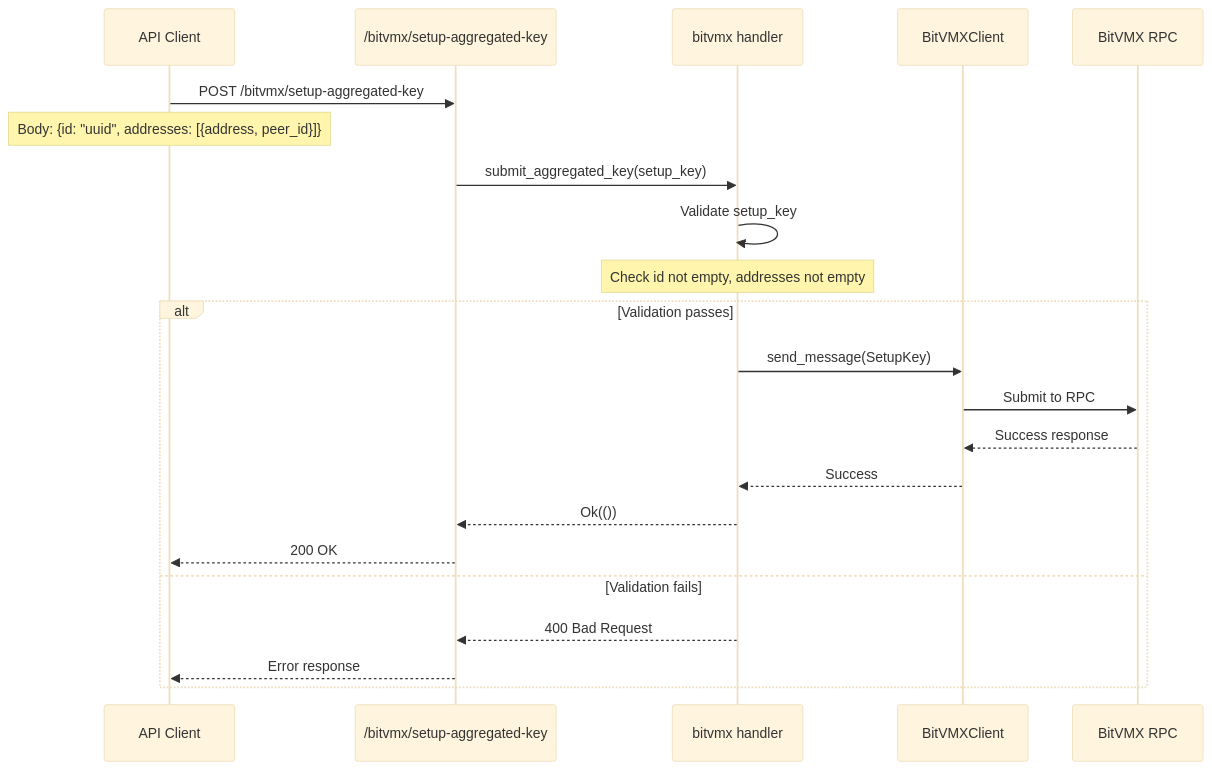
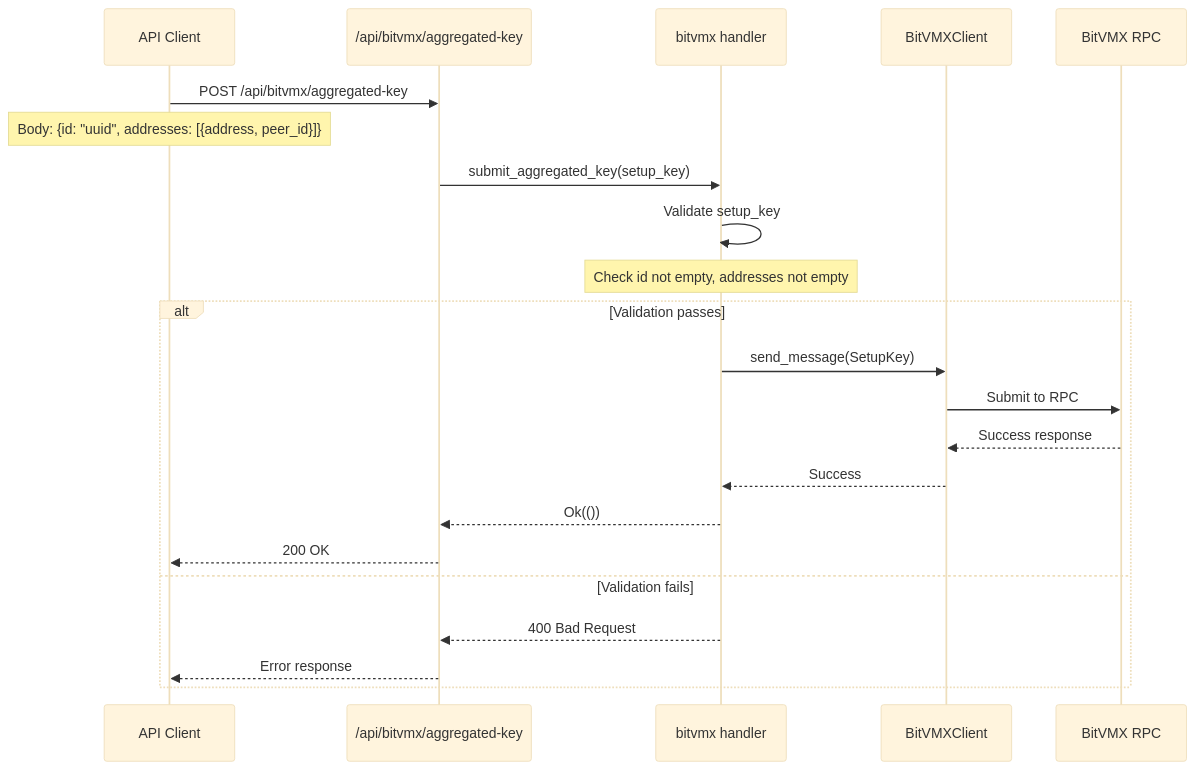
Before and after one commit to FairgateLabs/bitvmx-hackathon-games: the third of 4 diagrams in backend/README.md, drawn with Mermaid (base theme). The commit also changed other lines of this file and 22 other files, not shown here.

````diff
--- a/backend/README.md
+++ b/backend/README.md
@@ -60,27 +67,27 @@
 ```mermaid
 sequenceDiagram
     participant Client as API Client
-    participant API as /bitvmx/setup-aggregated-key
+    participant API as /api/bitvmx/aggregated-key
     participant Handler as bitvmx handler
     participant BitVMXClient as BitVMXClient
     participant BitVMX as BitVMX RPC
 
-    Client->>API: POST /bitvmx/setup-aggregated-key
+    Client->>API: POST /api/bitvmx/aggregated-key
     Note over Client: Body: {id: "uuid", addresses: [{address, peer_id}]}
     
     API->>Handler: submit_aggregated_key(setup_key)
     Handler->>Handler: Validate setup_key
     Note over Handler: Check id not empty, addresses not empty
     
     alt Validation passes
         Handler->>BitVMXClient: send_message(SetupKey)
         BitVMXClient->>BitVMX: Submit to RPC
         BitVMX-->>BitVMXClient: Success response
         BitVMXClient-->>Handler: Success
         Handler-->>API: Ok(())
         API-->>Client: 200 OK
     else Validation fails
         Handler-->>API: 400 Bad Request
         API-->>Client: Error response
     end
 ```
````
